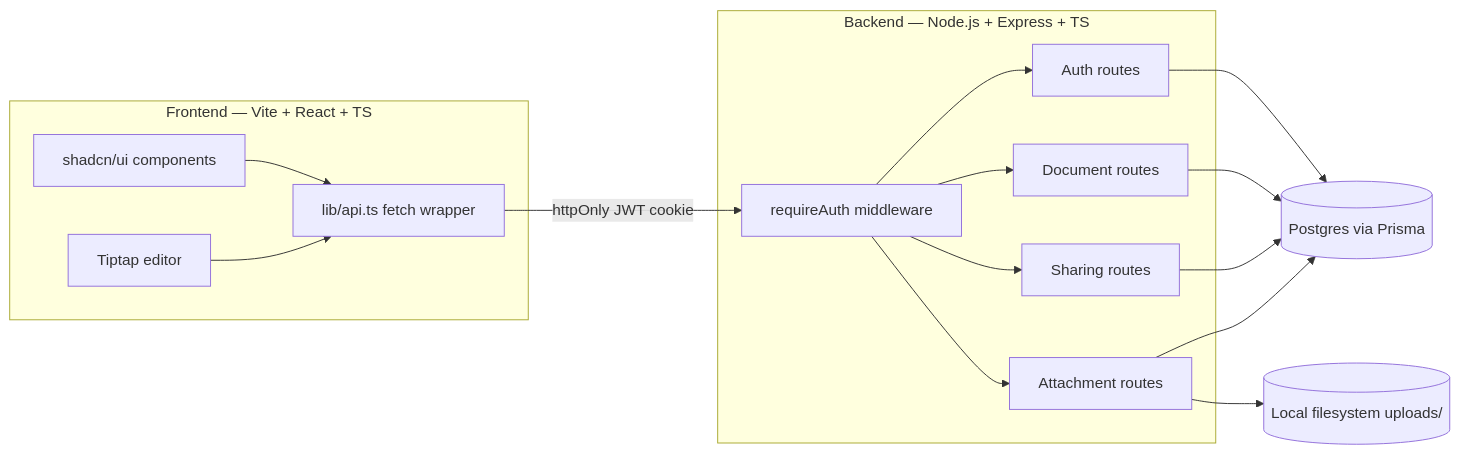
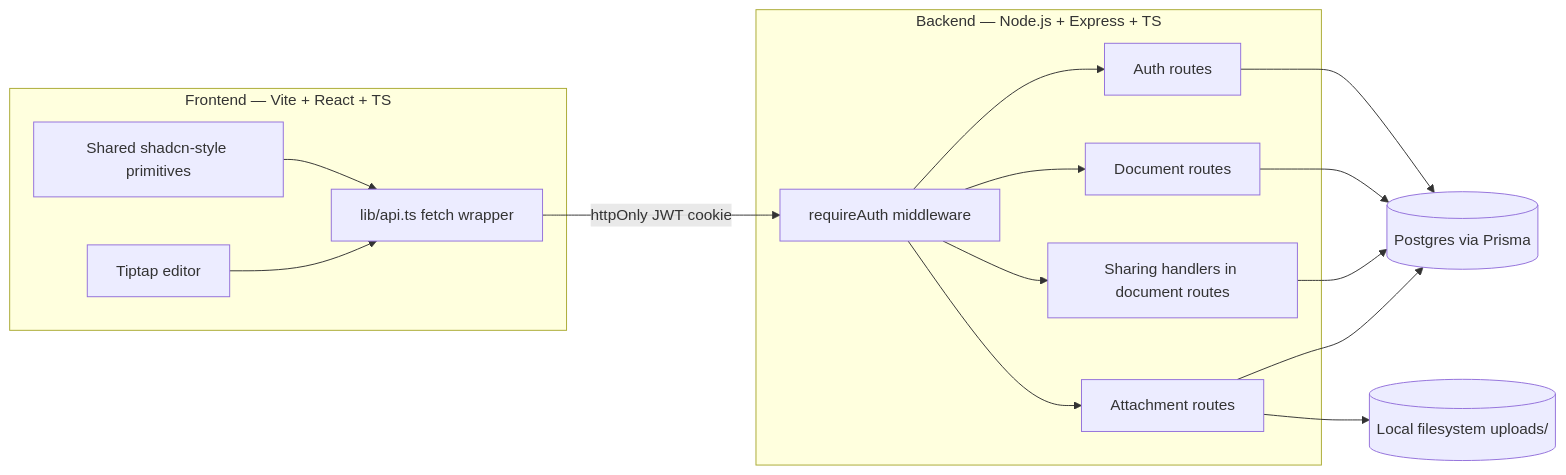
The first of 4 diagrams in docs/architecture.md (d4rthvadr/ajaia-assignment), drawn with Mermaid before and after one commit. The commit also changed other lines of this file and 4 other files, not shown here.

Commit message:
feat(docs)!: enhance UI guidelines and architectural decisions for improved user experience

````diff
--- a/docs/architecture.md
+++ b/docs/architecture.md
@@ -9,32 +9,32 @@
 ```mermaid
 flowchart LR
     subgraph Client [Frontend — Vite + React + TS]
-        UI[shadcn/ui components]
+        UI[Shared shadcn-style primitives]
         Editor[Tiptap editor]
         API_Client[lib/api.ts fetch wrapper]
     end
 
     subgraph Server [Backend — Node.js + Express + TS]
         Auth[Auth routes]
         Docs[Document routes]
-        Share[Sharing routes]
+        Share[Sharing handlers in document routes]
         Files[Attachment routes]
         Mid[requireAuth middleware]
     end
 
     DB[(Postgres via Prisma)]
     Disk[(Local filesystem uploads/)]
 
     UI --> API_Client
     Editor --> API_Client
     API_Client -- httpOnly JWT cookie --> Mid
     Mid --> Auth
     Mid --> Docs
     Mid --> Share
     Mid --> Files
     Auth --> DB
     Docs --> DB
     Share --> DB
     Files --> DB
     Files --> Disk
 ```
````
